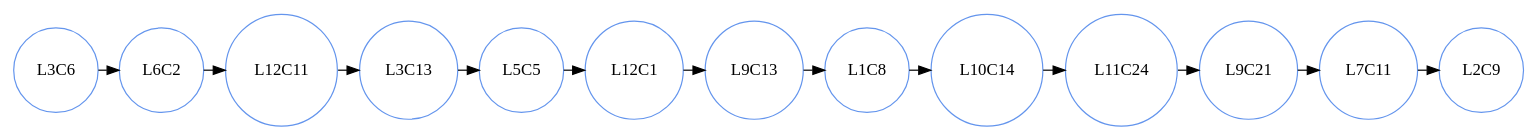
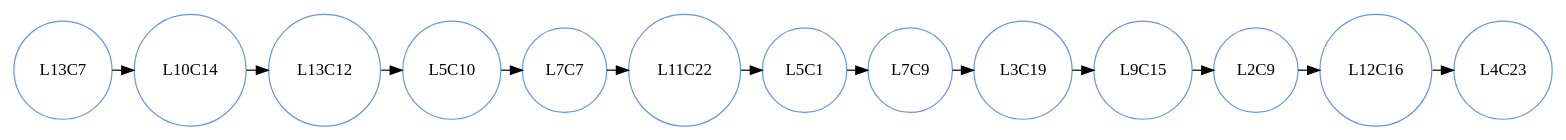
One commit to AbidelLux/proyecto-2-linea-de-produccion-colas changed the diagram in cola.dot. Above: the diagram before and after it, drawn with Graphviz. The commit also changed 7 other files, not shown here.

```diff
--- a/cola.dot
+++ b/cola.dot
@@ -1,17 +1,17 @@
 digraph L {
 node [shape = circle, color = cornflowerblue];
-{rank=same L3C6 L6C2 L12C11 L3C13 L5C5 L12C1 L9C13 L1C8 L10C14 L11C24 L9C21 L7C11 L2C9 }
-L3C6->L6C2;
-L6C2->L12C11;
-L12C11->L3C13;
-L3C13->L5C5;
-L5C5->L12C1;
-L12C1->L9C13;
-L9C13->L1C8;
-L1C8->L10C14;
-L10C14->L11C24;
-L11C24->L9C21;
-L9C21->L7C11;
-L7C11->L2C9;
+{rank=same L13C7 L10C14 L13C12 L5C10 L7C7 L11C22 L5C1 L7C9 L3C19 L9C15 L2C9 L12C16 L4C23 }
+L13C7->L10C14;
+L10C14->L13C12;
+L13C12->L5C10;
+L5C10->L7C7;
+L7C7->L11C22;
+L11C22->L5C1;
+L5C1->L7C9;
+L7C9->L3C19;
+L3C19->L9C15;
+L9C15->L2C9;
+L2C9->L12C16;
+L12C16->L4C23;
 
  }
```
